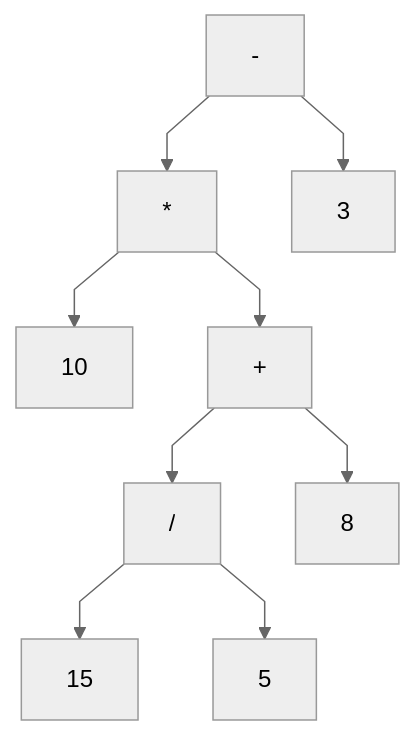
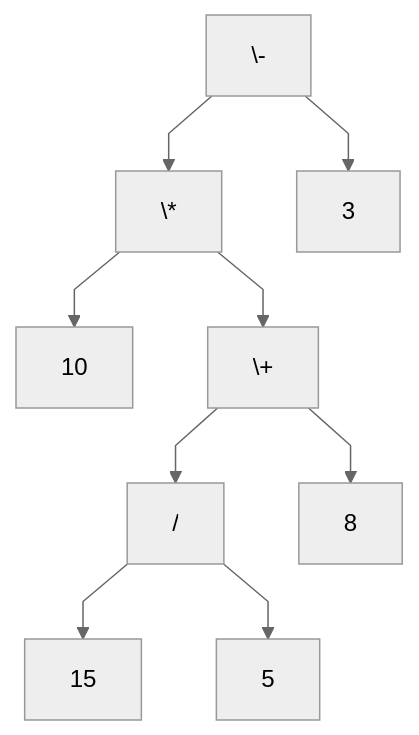
One commit to blackbat13/edu-cs-htiew-pl changed the second of 2 diagrams in docs/matura-z-informatyki/przygotowanie/algorithmic/simulations/arithmetic-tree/README.md. Above: the diagram before and after it, drawn with Mermaid. The commit also changed other lines of this file, not shown here.

````diff
--- a/docs/matura-z-informatyki/przygotowanie/algorithmic/simulations/arithmetic-tree/README.md
+++ b/docs/matura-z-informatyki/przygotowanie/algorithmic/simulations/arithmetic-tree/README.md
@@ -33,12 +33,12 @@
 ```mermaid
 %%{init: {"flowchart": {"curve": "linear"}, "theme": "neutral"} }%%
 flowchart TD
-    op1["-"] --> op2["*"]
+    op1["\-"] --> op2["\*"]
     op2 --> n1["10"]
-    op2 --> op3["+"]
+    op2 --> op3["\+"]
     op3 --> op4["/"]
     op3 --> n2["8"]
     op4 --> n3["15"]
     op4 --> n4["5"]
     op1 --> n5["3"] 
 ```
````
